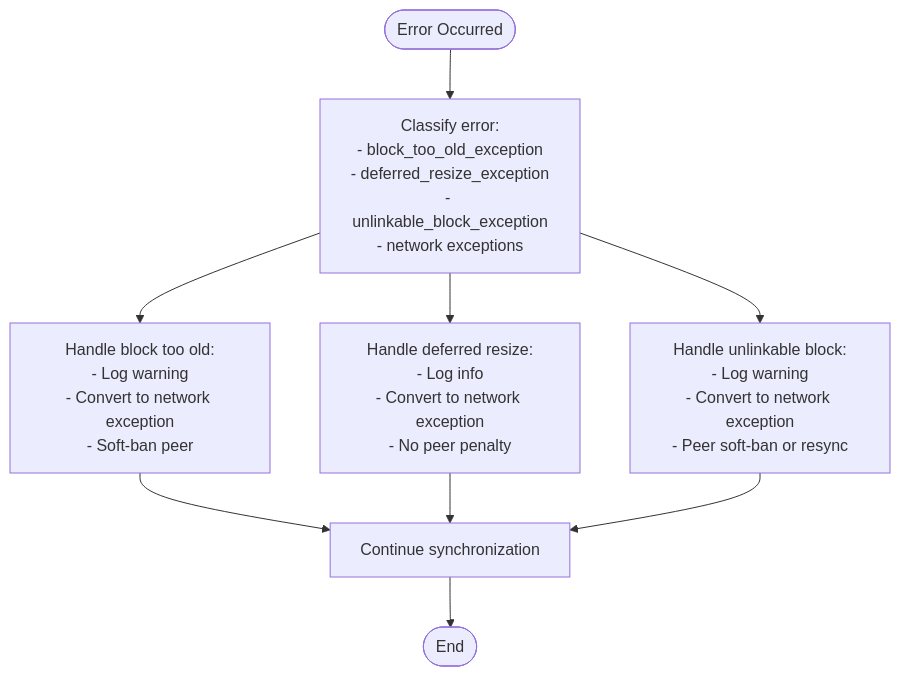
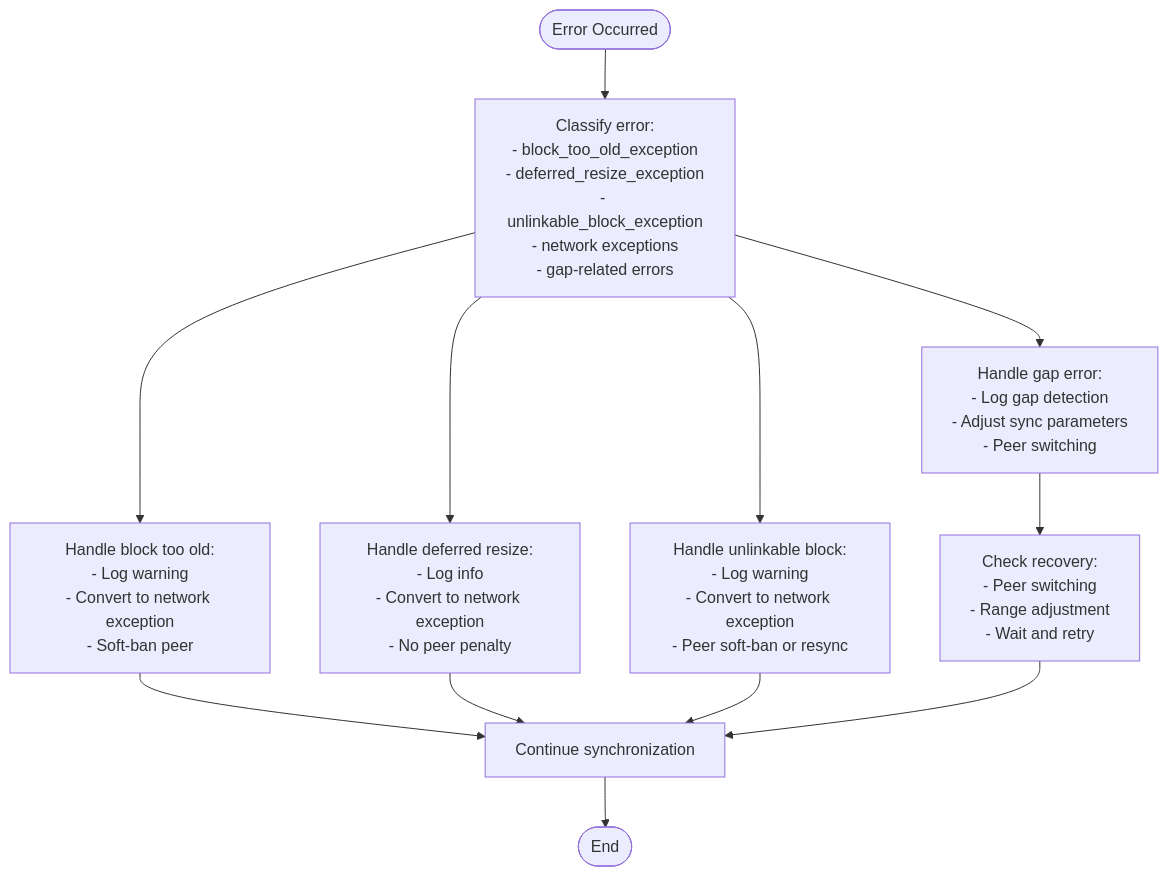
One commit to VIZ-Blockchain/viz-cpp-node changed diagram 25 of 32 in .qoder/repowiki/en/content/P2p Plugin.md. Above: the diagram before and after it, drawn with Mermaid. The commit also changed other lines of this file and 5 other files, not shown here.

First line of the commit message:
feat(dlt_block_log): add reset method and automatic gap recovery system

````diff
--- a/.qoder/repowiki/en/content/P2p Plugin.md
+++ b/.qoder/repowiki/en/content/P2p Plugin.md
@@ -673,11 +928,14 @@
 ```mermaid
 flowchart TD
-Start([Error Occurred]) --> ClassifyError["Classify error:<br/>- block_too_old_exception<br/>- deferred_resize_exception<br/>- unlinkable_block_exception<br/>- network exceptions"]
+Start([Error Occurred]) --> ClassifyError["Classify error:<br/>- block_too_old_exception<br/>- deferred_resize_exception<br/>- unlinkable_block_exception<br/>- network exceptions<br/>- gap-related errors"]
 ClassifyError --> HandleBlockTooOld["Handle block too old:<br/>- Log warning<br/>- Convert to network exception<br/>- Soft-ban peer"]
 ClassifyError --> HandleDeferredResize["Handle deferred resize:<br/>- Log info<br/>- Convert to network exception<br/>- No peer penalty"]
 ClassifyError --> HandleUnlinkable["Handle unlinkable block:<br/>- Log warning<br/>- Convert to network exception<br/>- Peer soft-ban or resync"]
+ClassifyError --> HandleGapError["Handle gap error:<br/>- Log gap detection<br/>- Adjust sync parameters<br/>- Peer switching"]
 HandleBlockTooOld --> ContinueSync["Continue synchronization"]
 HandleDeferredResize --> ContinueSync
 HandleUnlinkable --> ContinueSync
+HandleGapError --> CheckRecovery["Check recovery:<br/>- Peer switching<br/>- Range adjustment<br/>- Wait and retry"]
+CheckRecovery --> ContinueSync
 ContinueSync --> End([End])
 ```
````
